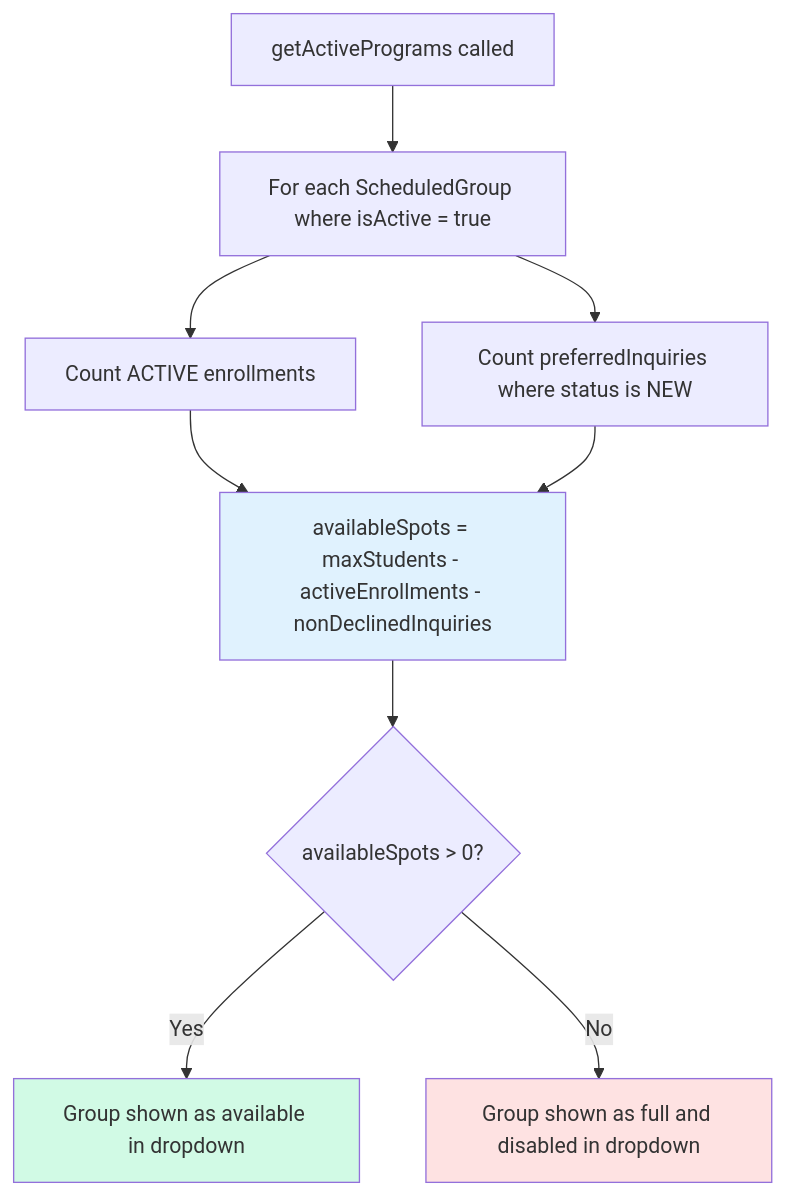
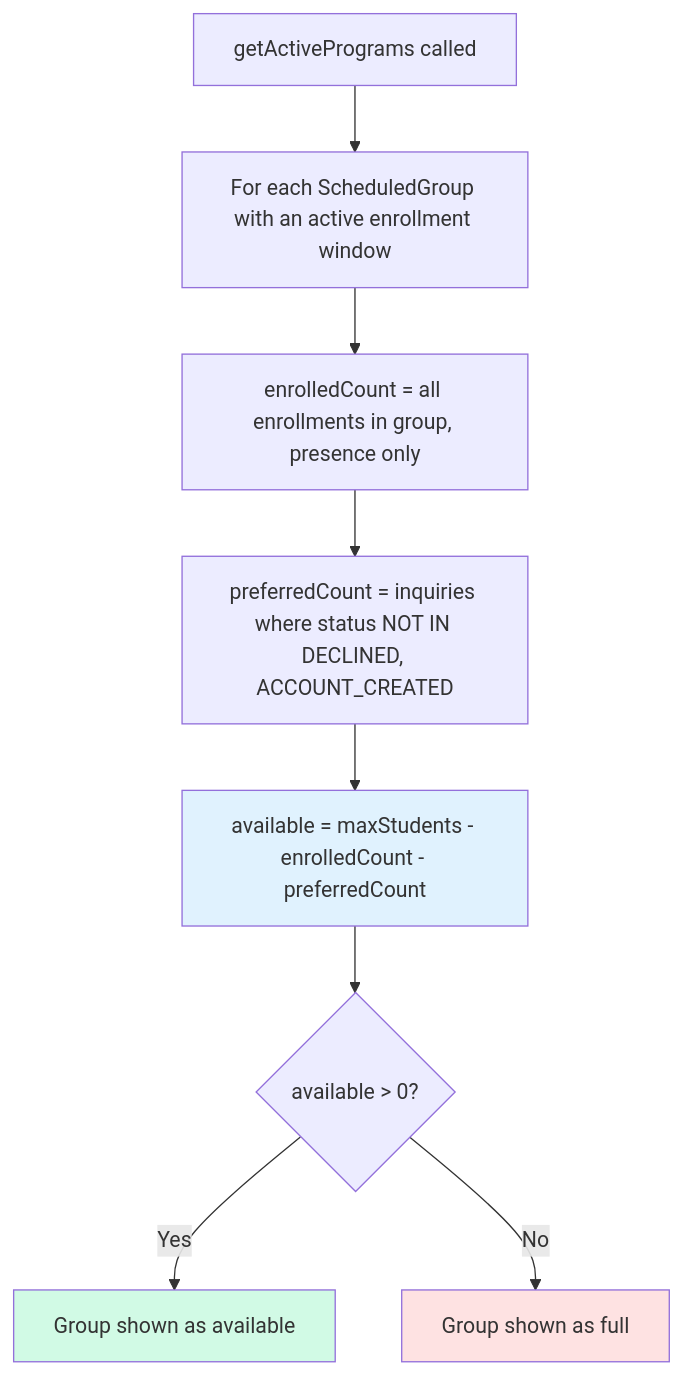
One commit to jpucic00/inovatic changed the second of 9 diagrams in docs/diagrams/flowchart.md. Above: the diagram before and after it, drawn with Mermaid. The commit also changed other lines of this file and 5 other files, not shown here.

First line of the commit message:
Update CLAUDE.md and diagrams for new enrollment and PII model

````diff
--- a/docs/diagrams/flowchart.md
+++ b/docs/diagrams/flowchart.md
@@ -5,15 +30,14 @@
 ```mermaid
 flowchart TD
-    A[getActivePrograms called] --> B[For each ScheduledGroup where isActive = true]
-    B --> C[Count ACTIVE enrollments]
-    B --> D[Count preferredInquiries where status is NEW]
-    C --> E["availableSpots = maxStudents - activeEnrollments - nonDeclinedInquiries"]
-    D --> E
-    E --> F{availableSpots > 0?}
-    F -->|Yes| G[Group shown as available in dropdown]
-    F -->|No| H[Group shown as full and disabled in dropdown]
+    A[getActivePrograms called] --> B[For each ScheduledGroup with an active enrollment window]
+    B --> C[enrolledCount = all enrollments in group, presence only]
+    C --> D[preferredCount = inquiries where status NOT IN DECLINED, ACCOUNT_CREATED]
+    D --> E["available = maxStudents - enrolledCount - preferredCount"]
+    E --> F{available > 0?}
+    F -->|Yes| SHOW[Group shown as available]
+    F -->|No| FULL[Group shown as full]
 
+    style SHOW fill:#d1fae5
+    style FULL fill:#fee2e2
     style E fill:#e0f2fe
-    style G fill:#d1fae5
-    style H fill:#fee2e2
 ```
````
